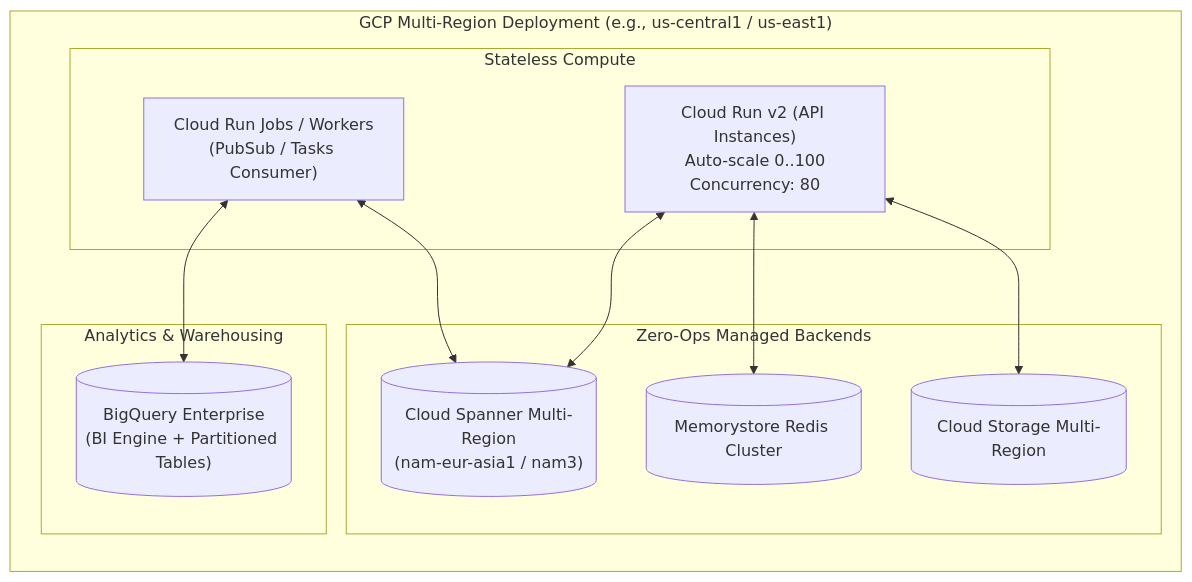
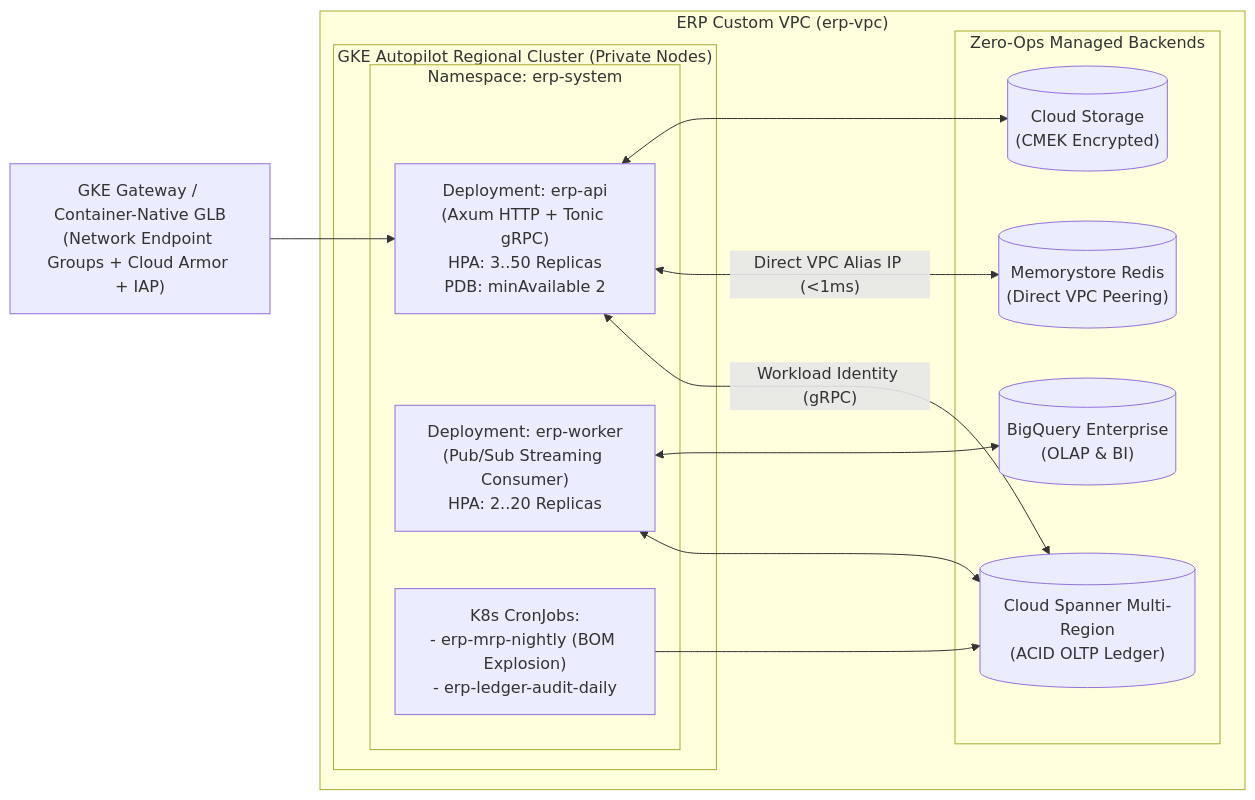
One commit to yuhuayang-google/open-source-erp changed the third of 3 diagrams in docs/ARCHITECTURE.md. Above: the diagram before and after it, drawn with Mermaid. The commit also changed other lines of this file and 14 other files, not shown here.

First line of the commit message:
feat(infra): add GKE Autopilot compute architecture, k8s manifests, and Dockerfile

````diff
--- a/docs/ARCHITECTURE.md
+++ b/docs/ARCHITECTURE.md
@@ -549,25 +564,27 @@
 ```mermaid
 flowchart LR
-    subgraph GCPRegion["GCP Multi-Region Deployment (e.g., us-central1 / us-east1)"]
-        subgraph Compute["Stateless Compute"]
-            CloudRun["Cloud Run v2 (API Instances)\nAuto-scale 0..100\nConcurrency: 80"]
-            WorkerRun["Cloud Run Jobs / Workers\n(PubSub / Tasks Consumer)"]
+    subgraph VPC["ERP Custom VPC (erp-vpc)"]
+        subgraph GKE["GKE Autopilot Regional Cluster (Private Nodes)"]
+            subgraph NS["Namespace: erp-system"]
+                APIPods["Deployment: erp-api\n(Axum HTTP + Tonic gRPC)\nHPA: 3..50 Replicas\nPDB: minAvailable 2"]
+                WorkerPods["Deployment: erp-worker\n(Pub/Sub Streaming Consumer)\nHPA: 2..20 Replicas"]
+                CronJobs["K8s CronJobs:\n- erp-mrp-nightly (BOM Explosion)\n- erp-ledger-audit-daily"]
+            end
         end
 
         subgraph ManagedData["Zero-Ops Managed Backends"]
-            SpannerInstance[("Cloud Spanner Multi-Region\n(nam-eur-asia1 / nam3)")]
-            RedisInstance[("Memorystore Redis Cluster")]
-            GCSBuckets[("Cloud Storage Multi-Region")]
-        end
-
-        subgraph BigData["Analytics & Warehousing"]
-            BQDataset[("BigQuery Enterprise\n(BI Engine + Partitioned Tables)")]
+            SpannerInstance[("Cloud Spanner Multi-Region\n(ACID OLTP Ledger)")]
+            RedisInstance[("Memorystore Redis\n(Direct VPC Peering)")]
+            GCSBuckets[("Cloud Storage\n(CMEK Encrypted)")]
+            BQDataset[("BigQuery Enterprise\n(OLAP & BI)")]
         end
     end
 
-    CloudRun <--> SpannerInstance
-    CloudRun <--> RedisInstance
-    CloudRun <--> GCSBuckets
-    WorkerRun <--> SpannerInstance
-    WorkerRun <--> BQDataset
+    GLB["GKE Gateway / Container-Native GLB\n(Network Endpoint Groups + Cloud Armor + IAP)"] --> APIPods
+    APIPods <-->|"Workload Identity (gRPC)"| SpannerInstance
+    APIPods <-->|"Direct VPC Alias IP (<1ms)"| RedisInstance
+    APIPods <--> GCSBuckets
+    WorkerPods <--> SpannerInstance
+    WorkerPods <--> BQDataset
+    CronJobs --> SpannerInstance
 ```
````
